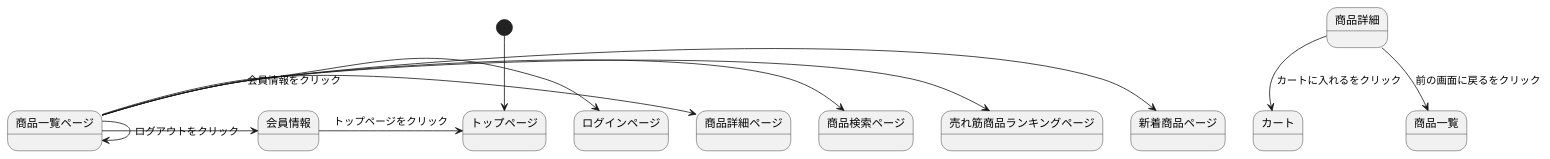
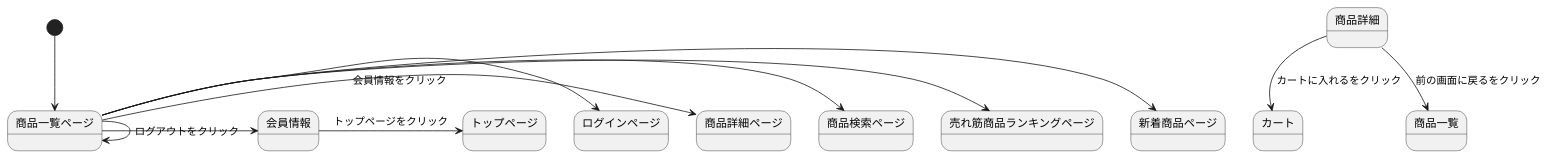
Before and after one commit to Aso2001369/2021sys-design: the diagram in stmmyshop.md, drawn with PlantUML.

````diff
--- a/stmmyshop.md
+++ b/stmmyshop.md
@@ -1,16 +1,16 @@
 ```uml
 @startuml
 
-[*] --> トップページ
+[*] --> 商品一覧ページ
 商品一覧ページ -> 新着商品ページ
 商品一覧ページ -> 売れ筋商品ランキングページ
 商品一覧ページ -> 商品検索ページ
 商品一覧ページ -> 商品詳細ページ : 会員情報をクリック
 商品一覧ページ -> ログインページ
 商品一覧ページ -> 商品一覧ページ : ログアウトをクリック
 商品一覧ページ -> 会員情報
 商品詳細 --> カート : カートに入れるをクリック
 商品詳細 --> 商品一覧 : 前の画面に戻るをクリック
 会員情報 -> トップページ : トップページをクリック
 @enduml
 ```
````
